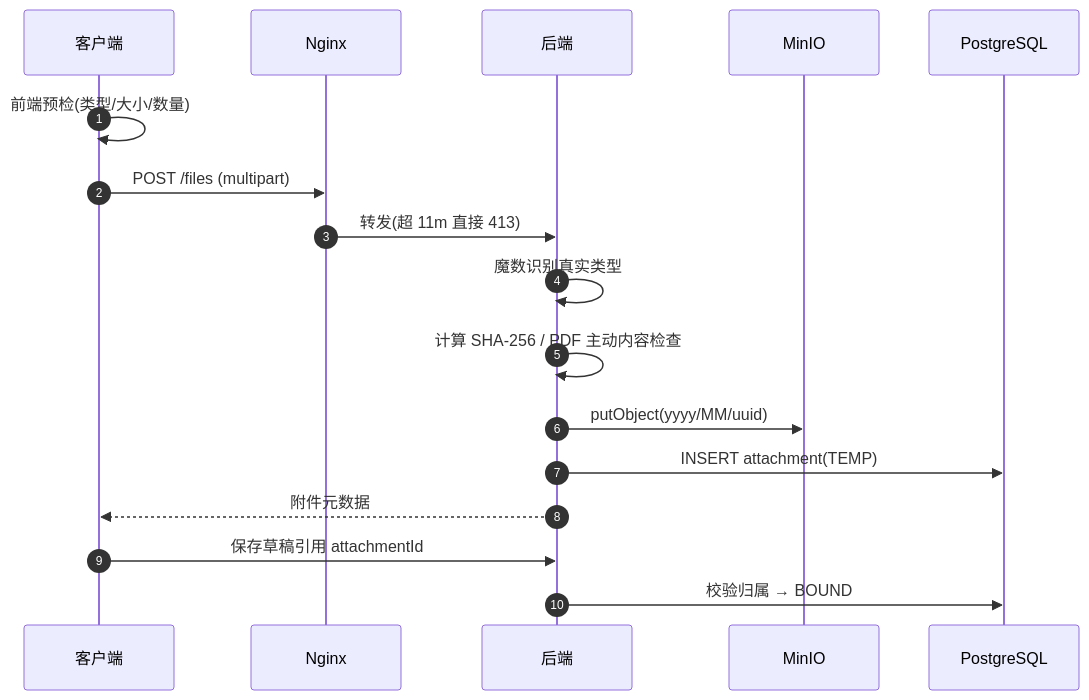
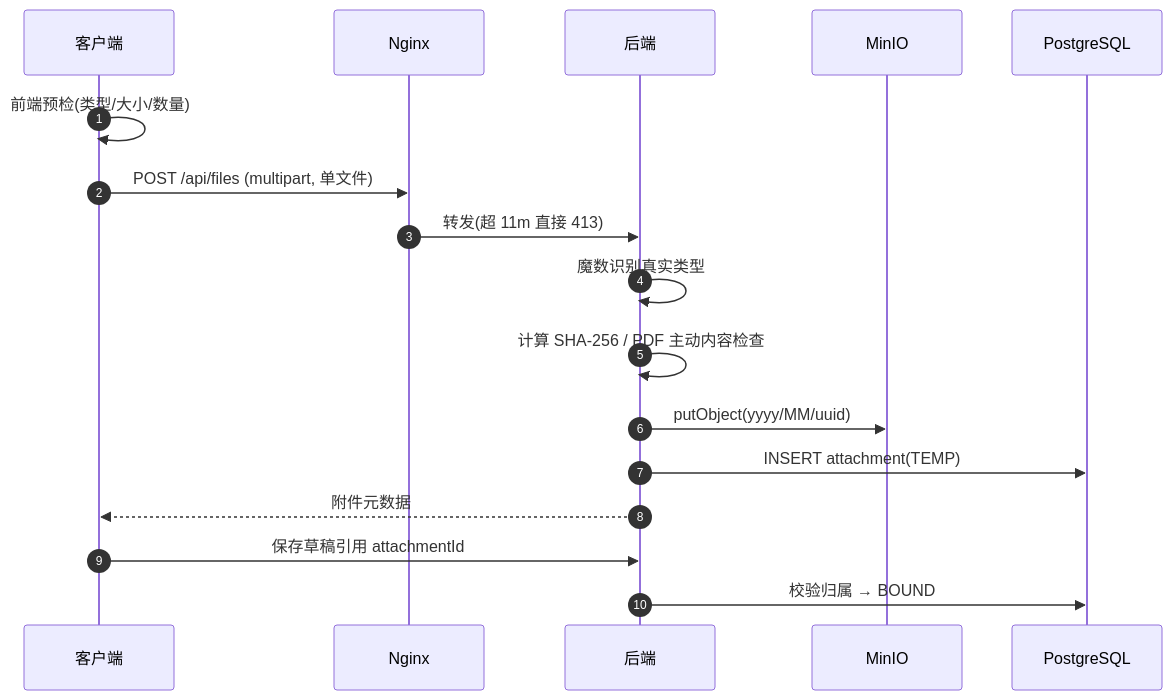
One commit to spnotold/enterprise-approval-system changed the fourth of 9 diagrams in docs/design_document.md. Above: the diagram before and after it, drawn with Mermaid. The commit also changed other lines of this file and 8 other files, not shown here.

````diff
--- a/docs/design_document.md
+++ b/docs/design_document.md
@@ -1198,19 +1246,19 @@
 ```mermaid
 sequenceDiagram
   autonumber
   participant C as 客户端
   participant N as Nginx
   participant S as 后端
   participant M as MinIO
   participant DB as PostgreSQL
   C->>C: 前端预检(类型/大小/数量)
-  C->>N: POST /files (multipart)
+  C->>N: POST /api/files (multipart, 单文件)
   N->>S: 转发(超 11m 直接 413)
   S->>S: 魔数识别真实类型
   S->>S: 计算 SHA-256 / PDF 主动内容检查
   S->>M: putObject(yyyy/MM/uuid)
   S->>DB: INSERT attachment(TEMP)
   S-->>C: 附件元数据
   C->>S: 保存草稿引用 attachmentId
   S->>DB: 校验归属 → BOUND
 ```
````
